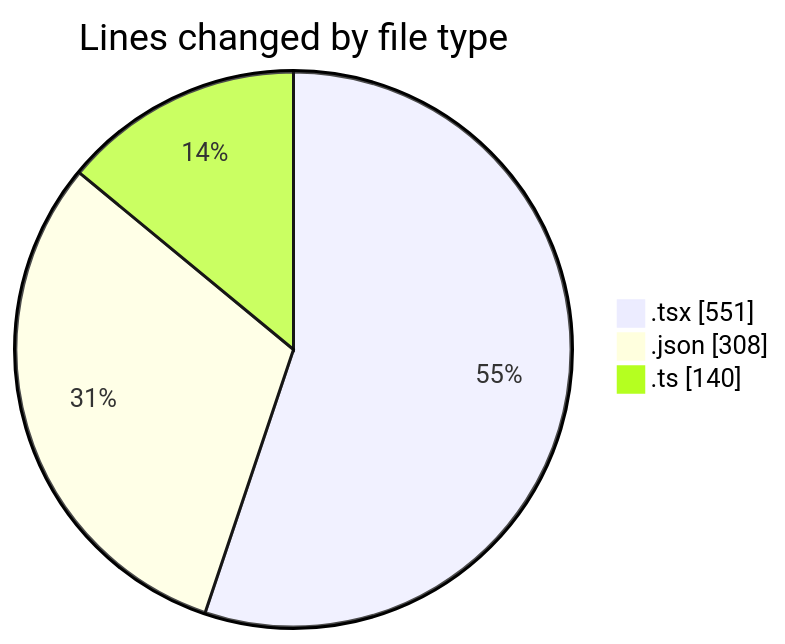
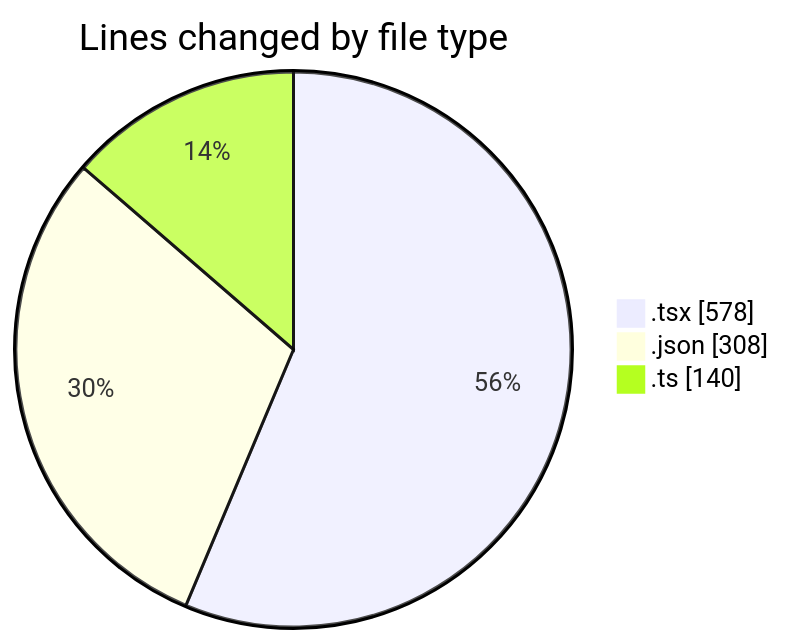
One commit to Elitesun/code-tracking changed the first of 2 diagrams in 2025-04-30/niten/README.md. Above: the diagram before and after it, drawn with Mermaid. The commit also changed other lines of this file and 1 other file, not shown here.

````diff
--- a/2025-04-30/niten/README.md
+++ b/2025-04-30/niten/README.md
@@ -39,7 +39,7 @@
 ```mermaid
 pie showData
 title Lines changed by file type
-".tsx" : 551
+".tsx" : 578
 ".json" : 308
 ".ts" : 140
 ```
````
